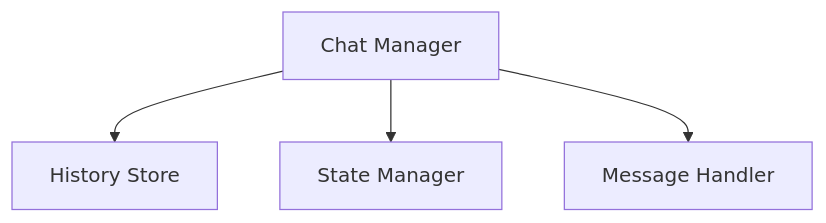
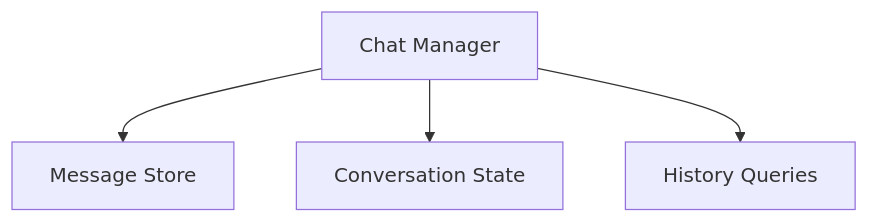
The diagram in packages/chat-management/README.md (mrsimpson/piddie), drawn with Mermaid before and after one commit. The commit also changed other lines of this file and 45 other files, not shown here.

````diff
--- a/packages/chat-management/README.md
+++ b/packages/chat-management/README.md
@@ -9,6 +9,6 @@
 ```mermaid
 graph TD
-    CM[Chat Manager] --> H[History Store]
-    CM --> S[State Manager]
-    CM --> M[Message Handler]
+    CM[Chat Manager] --> MS[Message Store]
+    CM --> CS[Conversation State]
+    CM --> HQ[History Queries]
 ```
````
